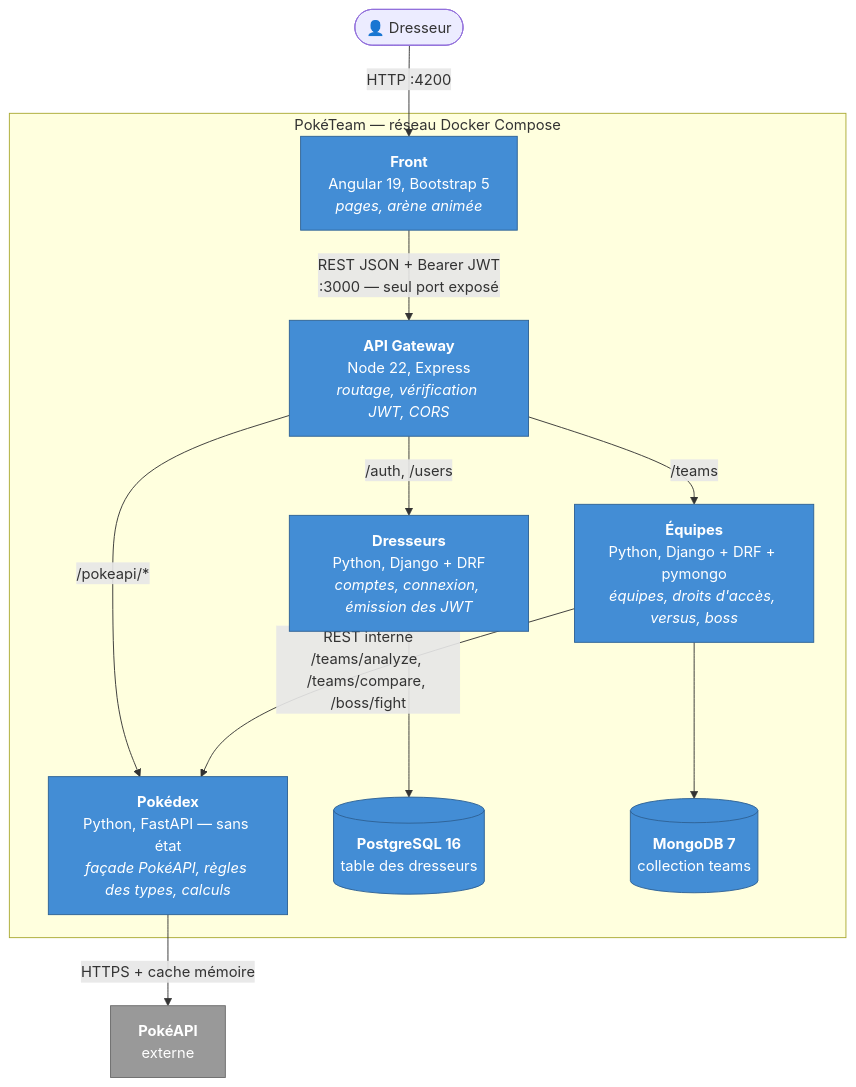
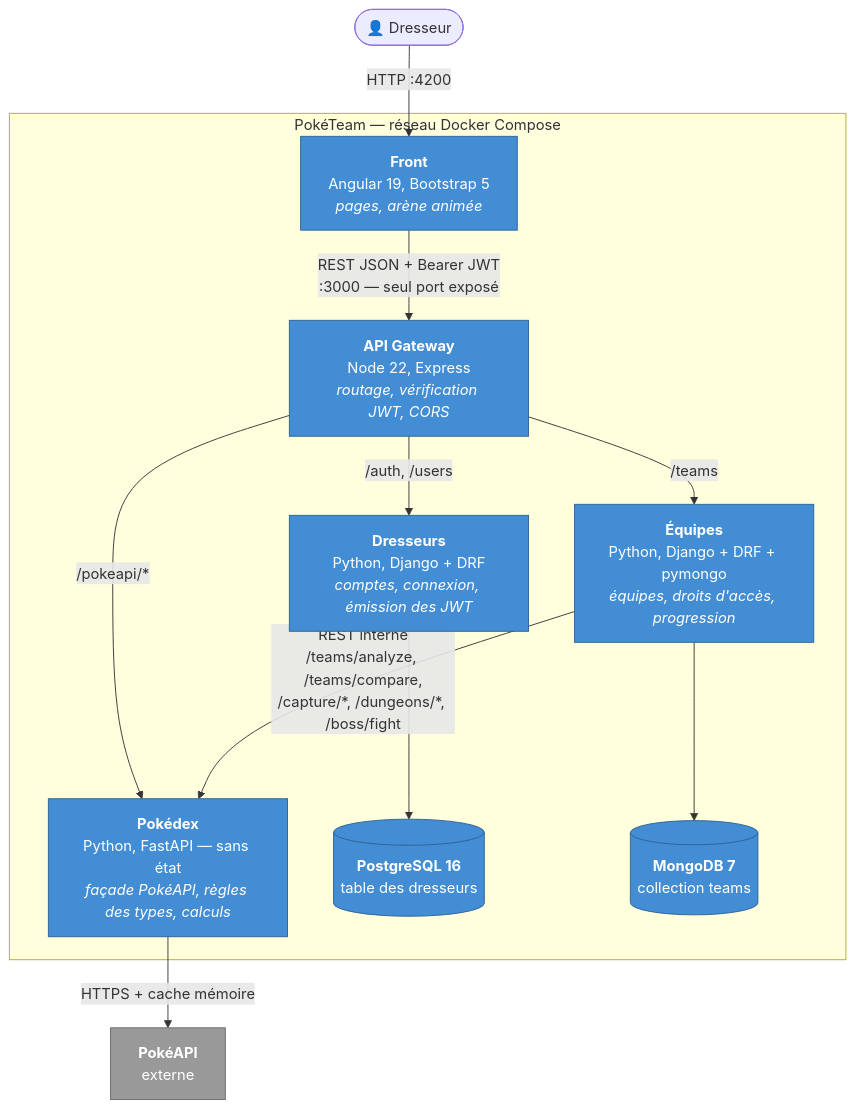
Before and after one commit to poketeam-luco7/poketeam: the third of 10 diagrams in docs/architecture.md, drawn with Mermaid. The commit also changed other lines of this file and 23 other files, not shown here.

````diff
--- a/docs/architecture.md
+++ b/docs/architecture.md
@@ -55,33 +55,33 @@
 ```mermaid
 flowchart TB
     J(["👤 Dresseur"])
 
     subgraph SYS["PokéTeam — réseau Docker Compose"]
         F["<b>Front</b><br/>Angular 19, Bootstrap 5<br/><i>pages, arène animée</i>"]
         G["<b>API Gateway</b><br/>Node 22, Express<br/><i>routage, vérification JWT, CORS</i>"]
         D["<b>Dresseurs</b><br/>Python, Django + DRF<br/><i>comptes, connexion, émission des JWT</i>"]
-        E["<b>Équipes</b><br/>Python, Django + DRF + pymongo<br/><i>équipes, droits d'accès, versus, boss</i>"]
+        E["<b>Équipes</b><br/>Python, Django + DRF + pymongo<br/><i>équipes, droits d'accès, progression</i>"]
         P["<b>Pokédex</b><br/>Python, FastAPI — sans état<br/><i>façade PokéAPI, règles des types, calculs</i>"]
         PG[("<b>PostgreSQL 16</b><br/>table des dresseurs")]
         MG[("<b>MongoDB 7</b><br/>collection teams")]
     end
 
     API["<b>PokéAPI</b><br/>externe"]
 
     J -->|"HTTP :4200"| F
     F -->|"REST JSON + Bearer JWT<br/>:3000 — seul port exposé"| G
     G -->|"/auth, /users"| D
     G -->|"/teams"| E
     G -->|"/pokeapi/*"| P
-    E -->|"REST interne<br/>/teams/analyze, /teams/compare, /boss/fight"| P
+    E -->|"REST interne<br/>/teams/analyze, /teams/compare,<br/>/capture/*, /dungeons/*, /boss/fight"| P
     D --> PG
     E --> MG
     P -->|"HTTPS + cache mémoire"| API
 
     classDef c fill:#438dd5,stroke:#2e6295,color:#fff
     classDef db fill:#438dd5,stroke:#2e6295,color:#fff
     classDef ext fill:#999,stroke:#6b6b6b,color:#fff
     class F,G,D,E,P c
     class PG,MG db
     class API ext
 ```
````
